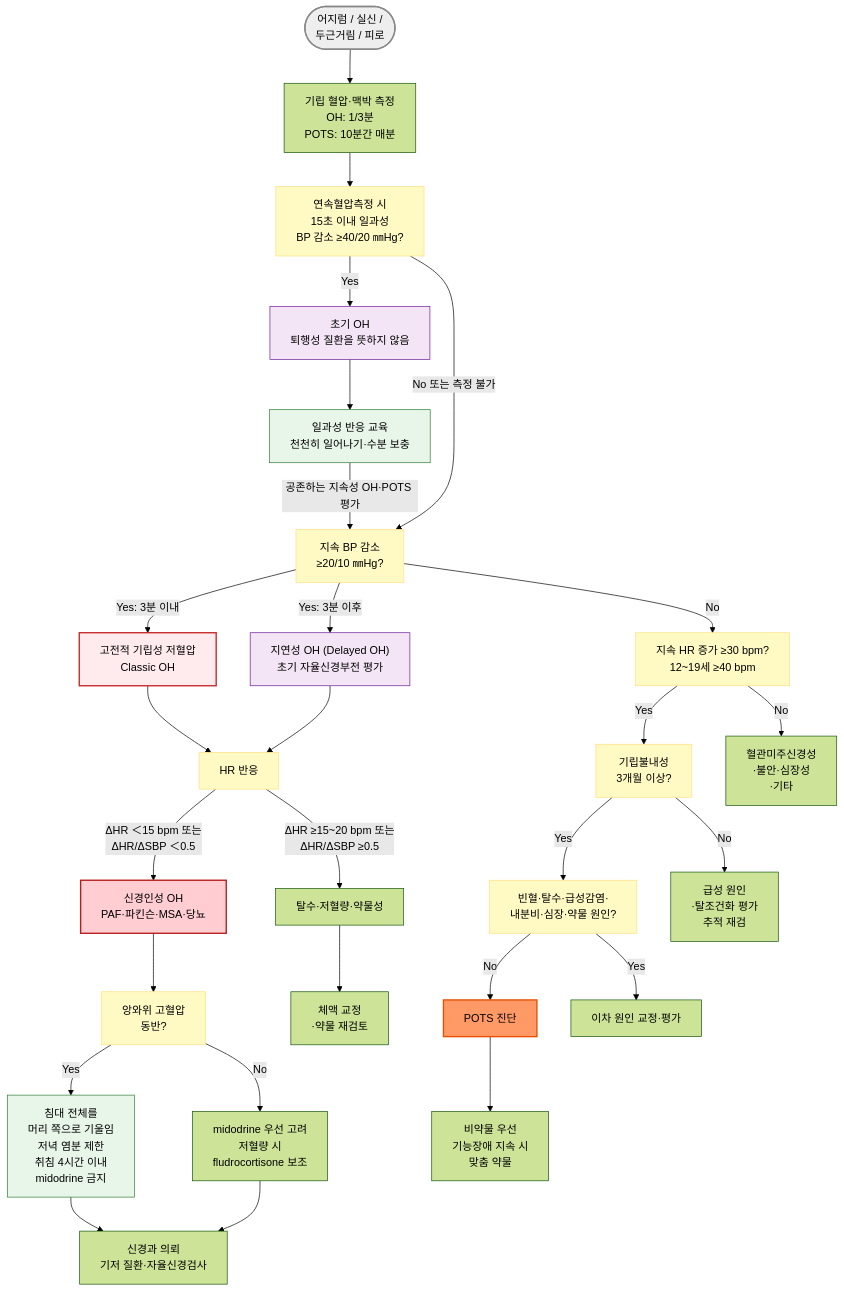
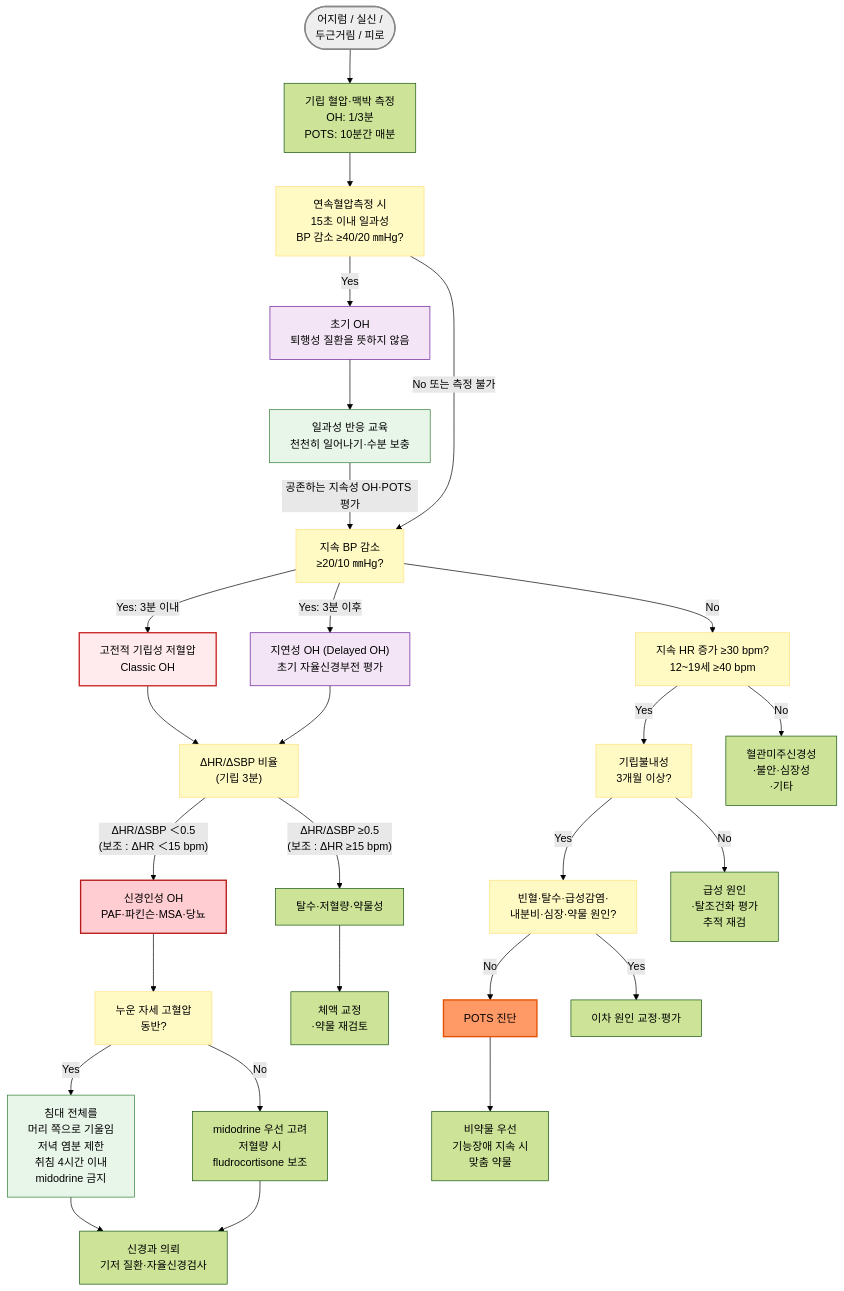
One commit to familyoh77/familyoh77 changed the diagram in 221_/030_-autonomic-dysfunction.md. Above: the diagram before and after it, drawn with Mermaid (forest theme). The commit also changed other lines of this file, not shown here.

````diff
--- a/221_/030_-autonomic-dysfunction.md
+++ b/221_/030_-autonomic-dysfunction.md
@@ -230,39 +230,39 @@
 ```mermaid
 graph TD
     Start(["어지럼 / 실신 /<br/>두근거림 / 피로"]) --> Step1["기립 혈압·맥박 측정<br/>OH: 1/3분<br/>POTS: 10분간 매분"]
     Step1 --> Q0["연속혈압측정 시<br/>15초 이내 일과성<br/>BP 감소 ≥40/20 ㎜Hg?"]
     Q0 -->|Yes| IOH["초기 OH<br/>퇴행성 질환을 뜻하지 않음"]
     Q0 -->|"No 또는 측정 불가"| Q1["지속 BP 감소<br/>≥20/10 ㎜Hg?"]
     IOH --> IOH_Tx["일과성 반응 교육<br/>천천히 일어나기·수분 보충"]
     IOH_Tx -->|"공존하는 지속성 OH·POTS 평가"| Q1
     Q1 -->|"Yes: 3분 이내"| OH["고전적 기립성 저혈압<br/>Classic OH"]
     Q1 -->|"Yes: 3분 이후"| DOH["지연성 OH (Delayed OH)<br/>초기 자율신경부전 평가"]
     Q1 -->|No| Q2["지속 HR 증가 ≥30 bpm?<br/>12~19세 ≥40 bpm"]
     Q2 -->|Yes| Chronic["기립불내성<br/>3개월 이상?"]
     Q2 -->|No| Other["혈관미주신경성<br/>·불안·심장성<br/>·기타"]
-    OH --> QHR["HR 반응"]
+    OH --> QHR["ΔHR/ΔSBP 비율<br/>(기립 3분)"]
     DOH --> QHR
-    QHR -->|"ΔHR ＜15 bpm 또는<br/>ΔHR/ΔSBP ＜0.5"| Neuro["신경인성 OH<br/>PAF·파킨슨·MSA·당뇨"]
-    QHR -->|"ΔHR ≥15~20 bpm 또는<br/>ΔHR/ΔSBP ≥0.5"| Volume["탈수·저혈량·약물성"]
-    Neuro --> SupHTN["앙와위 고혈압<br/>동반?"]
+    QHR -->|"ΔHR/ΔSBP ＜0.5<br/>(보조 : ΔHR ＜15 bpm)"| Neuro["신경인성 OH<br/>PAF·파킨슨·MSA·당뇨"]
+    QHR -->|"ΔHR/ΔSBP ≥0.5<br/>(보조 : ΔHR ≥15 bpm)"| Volume["탈수·저혈량·약물성"]
+    Neuro --> SupHTN["누운 자세 고혈압<br/>동반?"]
     SupHTN -->|Yes| SupYes["침대 전체를 <br/>머리 쪽으로 기울임<br/>저녁 염분 제한<br/>취침 4시간 이내 <br/>midodrine 금지"]
     SupHTN -->|No| SupNo["midodrine 우선 고려<br/>저혈량 시 <br/>fludrocortisone 보조"]
     Chronic -->|Yes| Excl["빈혈·탈수·급성감염·<br/>내분비·심장·약물 원인?"]
     Chronic -->|No| Recheck["급성 원인<br/>·탈조건화 평가<br/>추적 재검"]
     Excl -->|No| POTSconf["POTS 진단"]
     Excl -->|Yes| Secondary["이차 원인 교정·평가"]
     SupYes --> Ref["신경과 의뢰<br/>기저 질환·자율신경검사"]
     SupNo --> Ref
     Volume --> Tx1["체액 교정<br/>·약물 재검토"]
     POTSconf --> Tx2["비약물 우선<br/>기능장애 지속 시 <br/>맞춤 약물"]
     style Start fill:#eeeeee,stroke:#888888,stroke-width:2px
     classDef yellow fill:#fff9c4,stroke:#ffe082
     class Q0,Q1,Q2,Chronic,QHR,SupHTN,Excl yellow
     style OH fill:#ffebee,stroke:#c62828,stroke-width:2px
     style POTSconf fill:#f96,stroke:#e65100,stroke-width:2px
     style IOH fill:#f3e5f5,stroke:#6a1b9a,stroke-width:1px
     style DOH fill:#f3e5f5,stroke:#6a1b9a,stroke-width:1px
     style IOH_Tx fill:#e8f5e9,stroke:#2e7d32,stroke-width:1px
     style SupYes fill:#e8f5e9,stroke:#2e7d32,stroke-width:1px
     style Neuro fill:#ffcdd2,stroke:#b71c1c,stroke-width:2px
 ```
````
